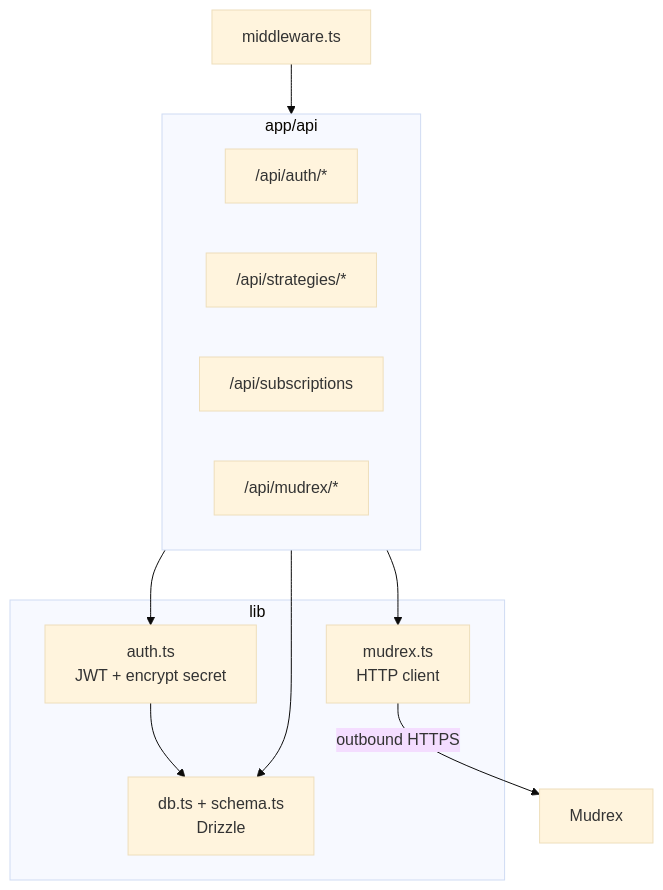
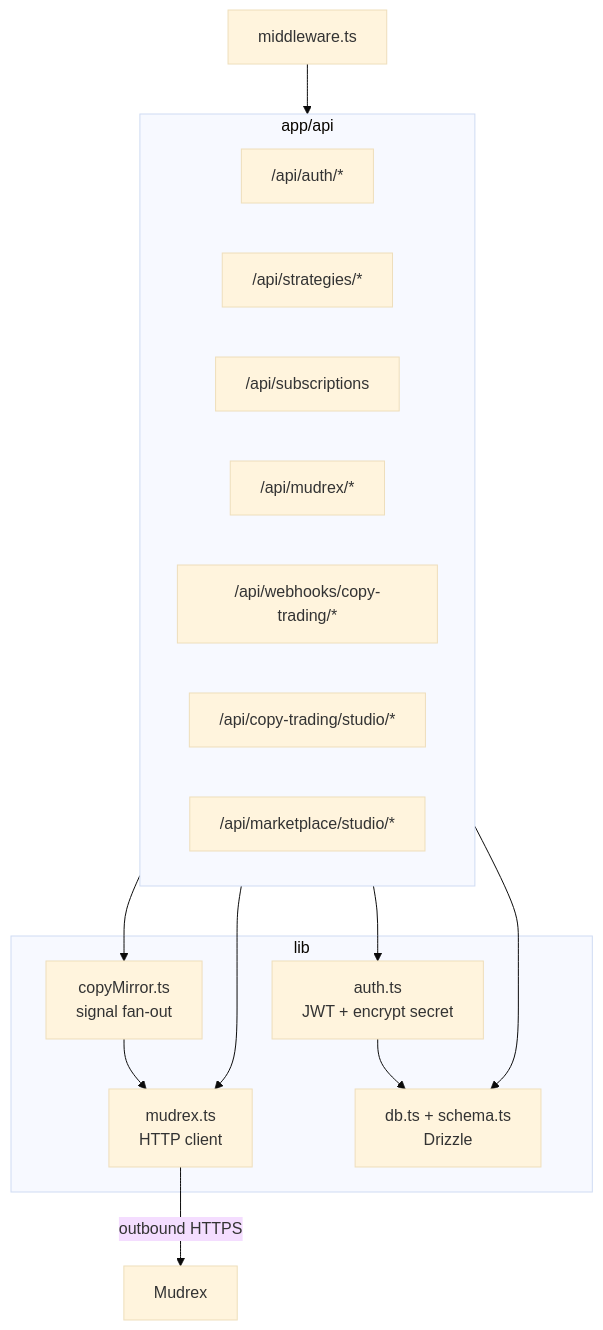
One commit to DecentralizedJM/RexAlgo changed the fifth of 7 diagrams in README.md. Above: the diagram before and after it, drawn with Mermaid (base theme). The commit also changed other lines of this file and 39 other files, not shown here.

First line of the commit message:
feat: copy-trading & algo studios, webhooks, mirror, docs

````diff
--- a/README.md
+++ b/README.md
@@ -205,24 +258,30 @@
 ```mermaid
 flowchart TB
   subgraph routes [app/api]
     A1["/api/auth/*"]
     A2["/api/strategies/*"]
     A3["/api/subscriptions"]
     A4["/api/mudrex/*"]
+    A5["/api/webhooks/copy-trading/*"]
+    A6["/api/copy-trading/studio/*"]
+    A7["/api/marketplace/studio/*"]
   end
 
   subgraph lib [lib]
     AUTH[auth.ts\nJWT + encrypt secret]
     MR[mudrex.ts\nHTTP client]
     DBL[db.ts + schema.ts\nDrizzle]
+    CM[copyMirror.ts\nsignal fan-out]
   end
 
   MW[middleware.ts]
 
   MW --> routes
   routes --> AUTH
   routes --> MR
   routes --> DBL
+  routes --> CM
   AUTH --> DBL
+  CM --> MR
   MR -->|outbound HTTPS| EXT[Mudrex]
 ```
````
